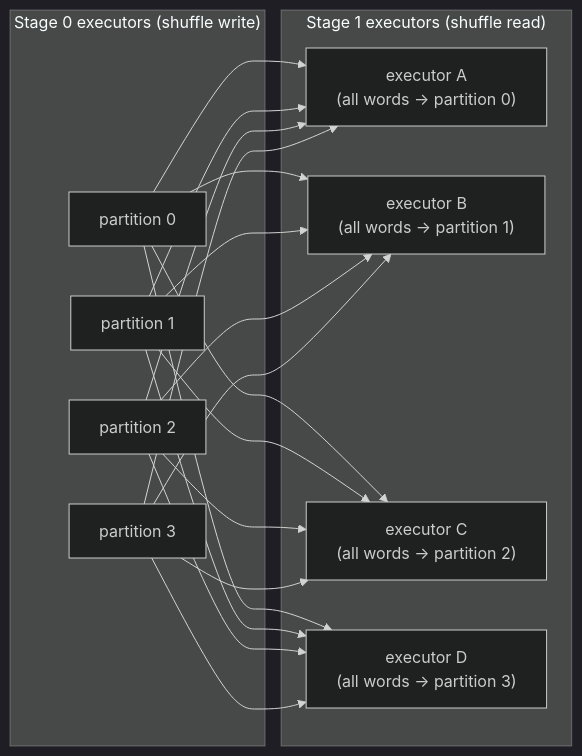
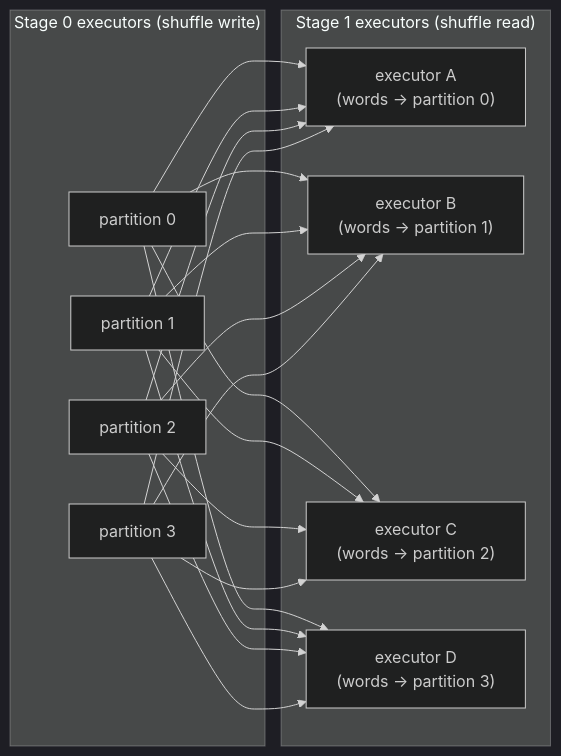
Before and after one commit to arindamchoudhury/spark-gyan: diagram 11 of 17 in docs/spark-book/ch02-spark-architecture.md, drawn with Mermaid (dark theme). The commit also changed other lines of this file and 5 other files, not shown here.

````diff
--- a/docs/spark-book/ch02-spark-architecture.md
+++ b/docs/spark-book/ch02-spark-architecture.md
@@ -828,19 +933,19 @@
 ```mermaid
 flowchart LR
     subgraph S0["Stage 0 executors (shuffle write)"]
         P0["partition 0"]
         P1["partition 1"]
         P2["partition 2"]
         P3["partition 3"]
     end
     subgraph S1["Stage 1 executors (shuffle read)"]
-        A["executor A\n(all words → partition 0)"]
-        B["executor B\n(all words → partition 1)"]
-        C["executor C\n(all words → partition 2)"]
-        D["executor D\n(all words → partition 3)"]
+        A["executor A\n(words → partition 0)"]
+        B["executor B\n(words → partition 1)"]
+        C["executor C\n(words → partition 2)"]
+        D["executor D\n(words → partition 3)"]
     end
     P0 --> A & B & C & D
     P1 --> A & B & C & D
     P2 --> A & B & C & D
     P3 --> A & B & C & D
 ```
````
